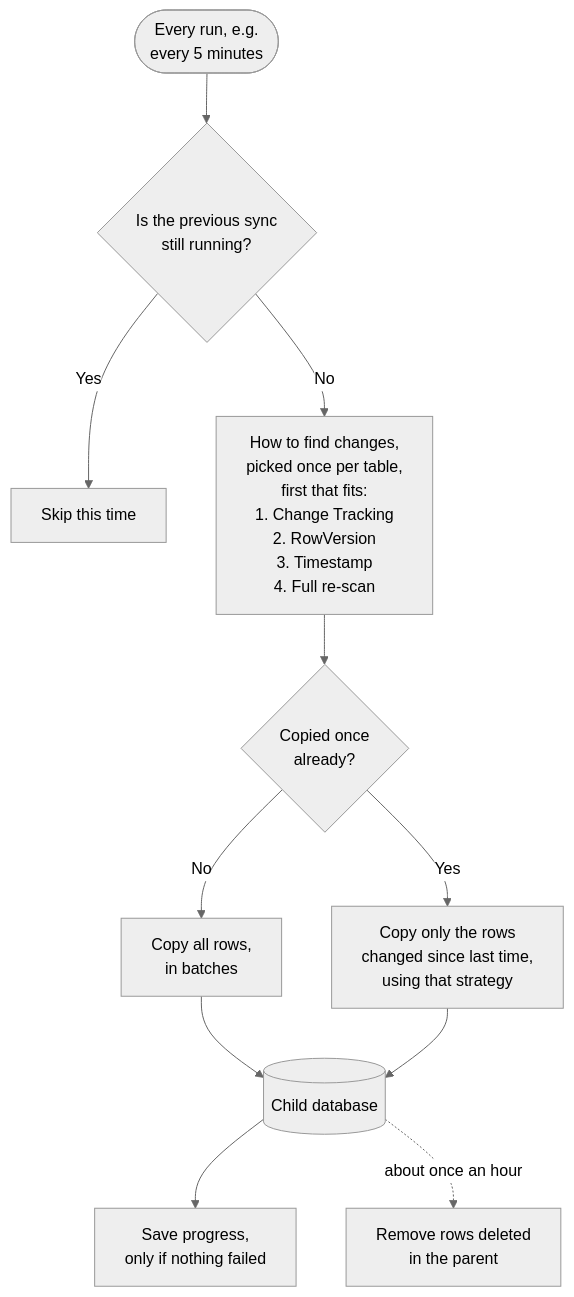
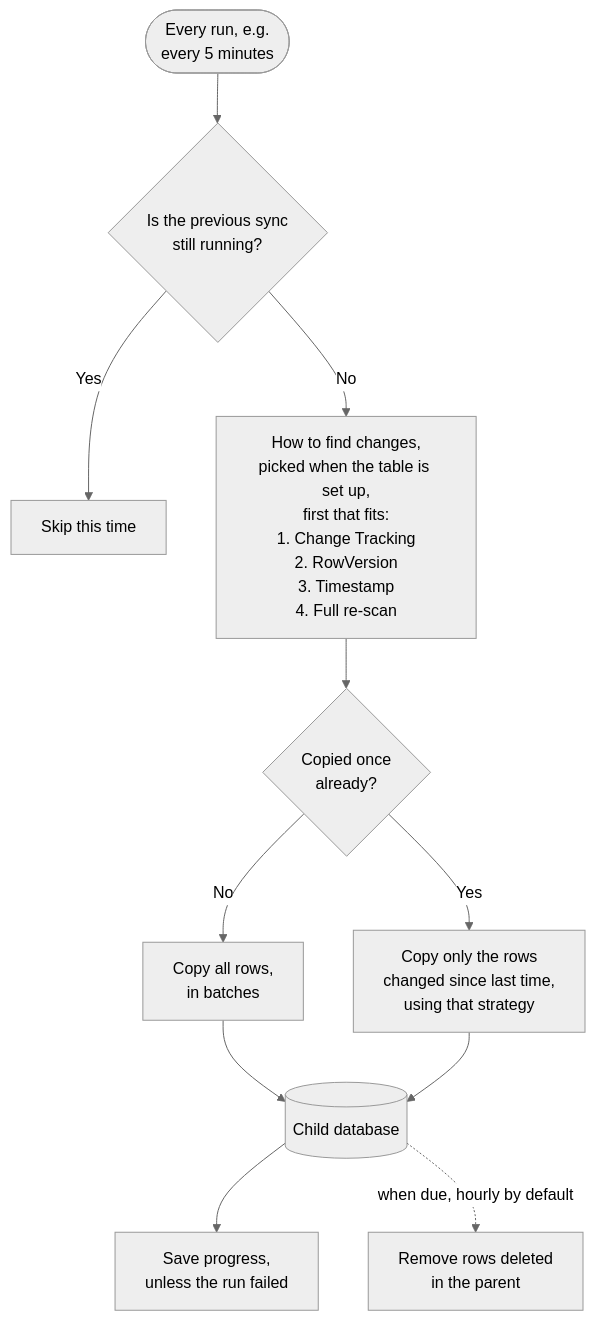
One commit to Sidorus/SmartTableSync changed the second of 2 diagrams in README.md. Above: the diagram before and after it, drawn with Mermaid (neutral theme). The commit also changed other lines of this file and 11 other files, not shown here.

````diff
--- a/README.md
+++ b/README.md
@@ -84,13 +87,13 @@
 ```mermaid
 flowchart TD
     Start(["Every run, e.g.<br/>every 5 minutes"]) --> Busy{"Is the previous sync<br/>still running?"}
     Busy -- Yes --> Skip["Skip this time"]
-    Busy -- No --> Strategy["How to find changes,<br/>picked once per table,<br/>first that fits:<br/>1. Change Tracking<br/>2. RowVersion<br/>3. Timestamp<br/>4. Full re-scan"]
+    Busy -- No --> Strategy["How to find changes,<br/>picked when the table is set up,<br/>first that fits:<br/>1. Change Tracking<br/>2. RowVersion<br/>3. Timestamp<br/>4. Full re-scan"]
     Strategy --> Copied{"Copied once<br/>already?"}
     Copied -- No --> First["Copy all rows,<br/>in batches"]
     Copied -- Yes --> Changes["Copy only the rows<br/>changed since last time,<br/>using that strategy"]
     First --> Child[("Child database")]
     Changes --> Child
-    Child --> Progress["Save progress,<br/>only if nothing failed"]
-    Child -. "about once an hour" .-> Deletes["Remove rows deleted<br/>in the parent"]
+    Child --> Progress["Save progress,<br/>unless the run failed"]
+    Child -. "when due, hourly by default" .-> Deletes["Remove rows deleted<br/>in the parent"]
 ```
````
